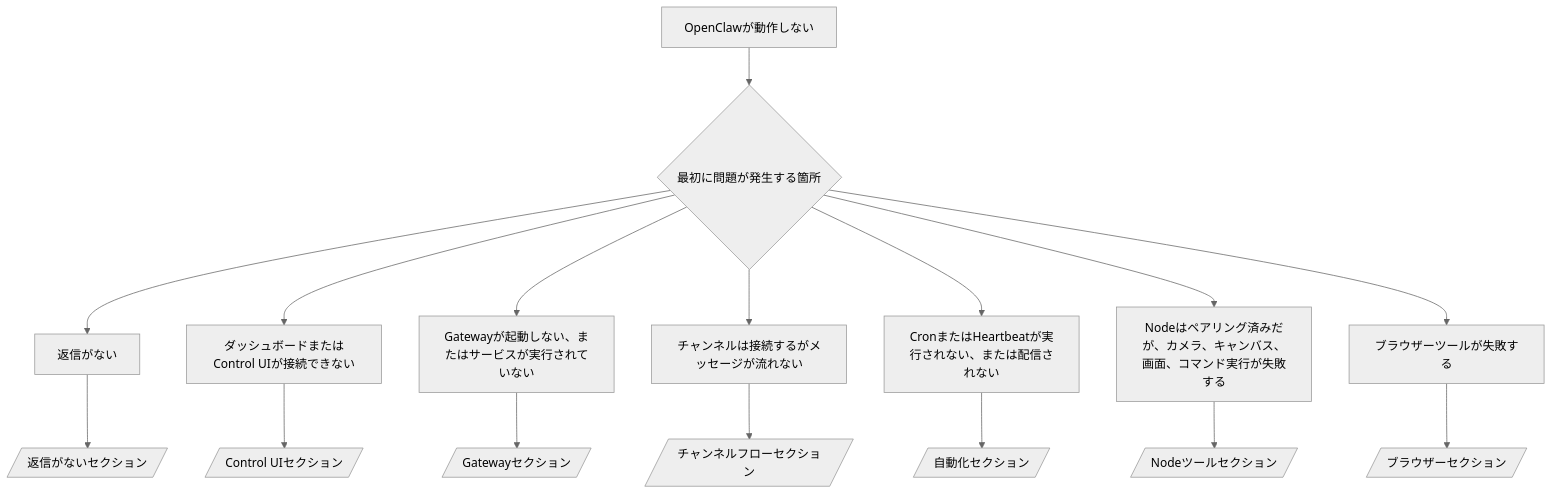
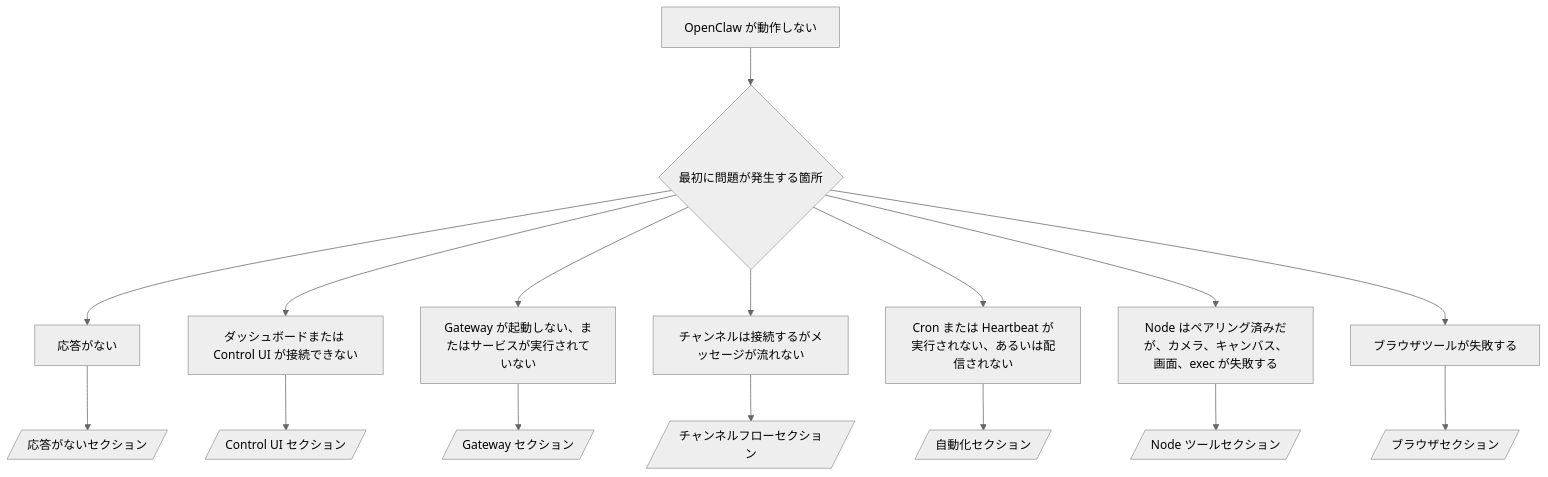
Before and after one commit to is0383kk/ai-docs-sync-workflow: the diagram in openclaw-docs/ja-JP/help/troubleshooting.md, drawn with Mermaid (neutral theme). The commit also changed other lines of this file and 11096 other files, not shown here.

````diff
--- a/openclaw-docs/ja-JP/help/troubleshooting.md
+++ b/openclaw-docs/ja-JP/help/troubleshooting.md
@@ -163,19 +193,19 @@
 ```mermaid
 flowchart TD
-  A[OpenClawが動作しない] --> B{最初に問題が発生する箇所}
-  B --> C[返信がない]
-  B --> D[ダッシュボードまたはControl UIが接続できない]
-  B --> E[Gatewayが起動しない、またはサービスが実行されていない]
+  A[OpenClaw が動作しない] --> B{最初に問題が発生する箇所}
+  B --> C[応答がない]
+  B --> D[ダッシュボードまたは Control UI が接続できない]
+  B --> E[Gateway が起動しない、またはサービスが実行されていない]
   B --> F[チャンネルは接続するがメッセージが流れない]
-  B --> G[CronまたはHeartbeatが実行されない、または配信されない]
-  B --> H[Nodeはペアリング済みだが、カメラ、キャンバス、画面、コマンド実行が失敗する]
-  B --> I[ブラウザーツールが失敗する]
+  B --> G[Cron または Heartbeat が実行されない、あるいは配信されない]
+  B --> H[Node はペアリング済みだが、カメラ、キャンバス、画面、exec が失敗する]
+  B --> I[ブラウザツールが失敗する]
 
-  C --> C1[/返信がないセクション/]
-  D --> D1[/Control UIセクション/]
-  E --> E1[/Gatewayセクション/]
+  C --> C1[/応答がないセクション/]
+  D --> D1[/Control UI セクション/]
+  E --> E1[/Gateway セクション/]
   F --> F1[/チャンネルフローセクション/]
   G --> G1[/自動化セクション/]
-  H --> H1[/Nodeツールセクション/]
-  I --> I1[/ブラウザーセクション/]
+  H --> H1[/Node ツールセクション/]
+  I --> I1[/ブラウザセクション/]
 ```
````
